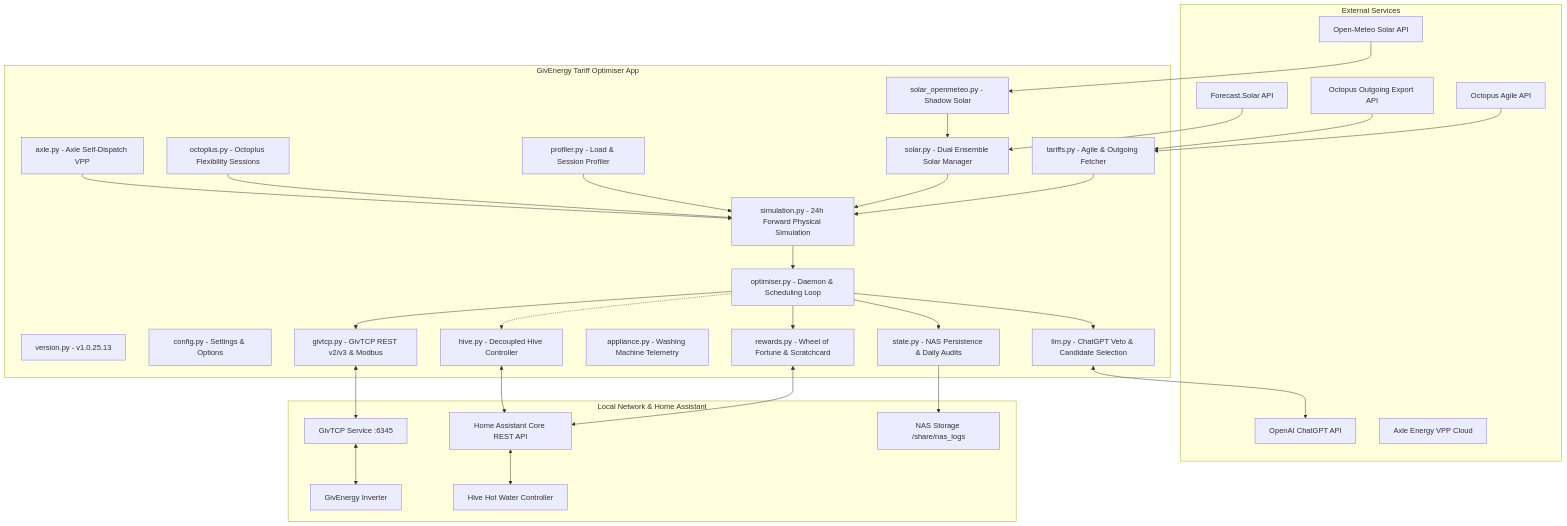
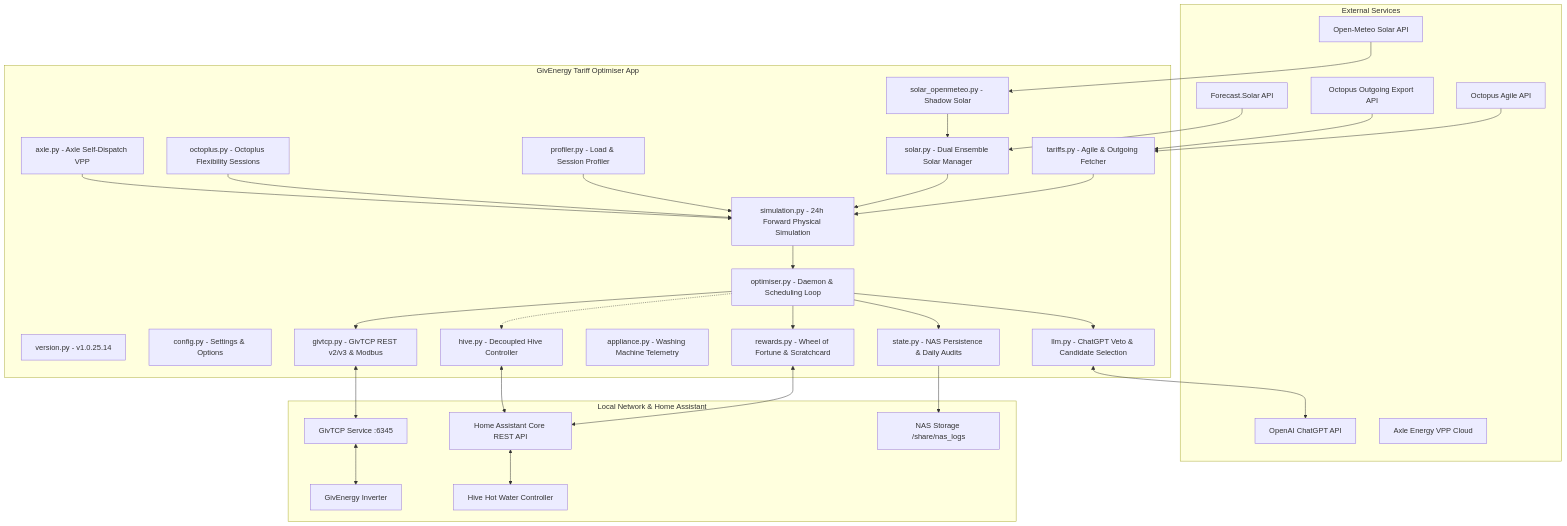
Before and after one commit to revhawk/GivEnergy_Tracker: the first of 3 diagrams in ha-addon/SPECIFICATION.md, drawn with Mermaid. The commit also changed other lines of this file and 9 other files, not shown here.

````diff
--- a/ha-addon/SPECIFICATION.md
+++ b/ha-addon/SPECIFICATION.md
@@ -19,67 +19,67 @@
 ```mermaid
 graph TD
     subgraph External["External Services"]
         Agile["Octopus Agile API"]
         Outgoing["Octopus Outgoing Export API"]
         FSolar["Forecast.Solar API"]
         OMeteo["Open-Meteo Solar API"]
         OpenAI["OpenAI ChatGPT API"]
         Axle_Cloud["Axle Energy VPP Cloud"]
     end
 
     subgraph App["GivEnergy Tariff Optimiser App"]
-        Version["version.py - v1.0.25.13"]
+        Version["version.py - v1.0.25.14"]
         Config["config.py - Settings & Options"]
         Optimiser["optimiser.py - Daemon & Scheduling Loop"]
         SimEngine["simulation.py - 24h Forward Physical Simulation"]
         Tariff_Mod["tariffs.py - Agile & Outgoing Fetcher"]
         Solar_Mod["solar.py - Dual Ensemble Solar Manager"]
         Meteo_Mod["solar_openmeteo.py - Shadow Solar"]
         Profiler_Mod["profiler.py - Load & Session Profiler"]
         GivTCP_Mod["givtcp.py - GivTCP REST v2/v3 & Modbus"]
         Octoplus_Mod["octoplus.py - Octoplus Flexibility Sessions"]
         Axle_Mod["axle.py - Axle Self-Dispatch VPP"]
         Rewards_Mod["rewards.py - Wheel of Fortune & Scratchcard"]
         Appliance_Mod["appliance.py - Washing Machine Telemetry"]
         State_Mod["state.py - NAS Persistence & Daily Audits"]
         LLM_Mod["llm.py - ChatGPT Veto & Candidate Selection"]
         Hive_Mod["hive.py - Decoupled Hive Controller"]
     end
 
     subgraph Local["Local Network & Home Assistant"]
         GivTCP["GivTCP Service :6345"]
         Inverter["GivEnergy Inverter"]
         HA_API["Home Assistant Core REST API"]
         NAS_Share["NAS Storage /share/nas_logs"]
         Hive["Hive Hot Water Controller"]
     end
 
     Agile --> Tariff_Mod
     Outgoing --> Tariff_Mod
     FSolar --> Solar_Mod
     OMeteo --> Meteo_Mod
     Meteo_Mod --> Solar_Mod
 
     Tariff_Mod --> SimEngine
     Solar_Mod --> SimEngine
     Profiler_Mod --> SimEngine
     Octoplus_Mod --> SimEngine
     Axle_Mod --> SimEngine
 
     SimEngine --> Optimiser
     Optimiser --> LLM_Mod
     LLM_Mod <--> OpenAI
     Optimiser --> GivTCP_Mod
     GivTCP_Mod <--> GivTCP
     GivTCP <--> Inverter
 
     Optimiser --> State_Mod
     State_Mod --> NAS_Share
 
     Optimiser --> Rewards_Mod
     Rewards_Mod <--> HA_API
 
     Optimiser -.-> Hive_Mod
     Hive_Mod <--> HA_API
     HA_API <--> Hive
 ```
````
